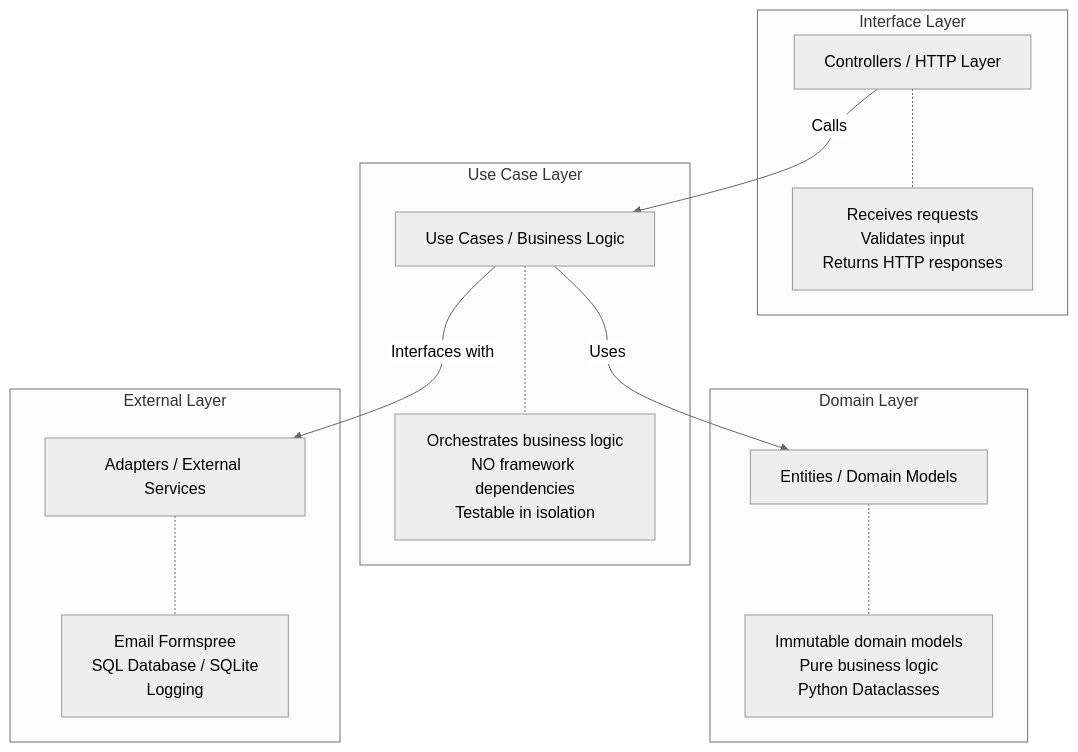
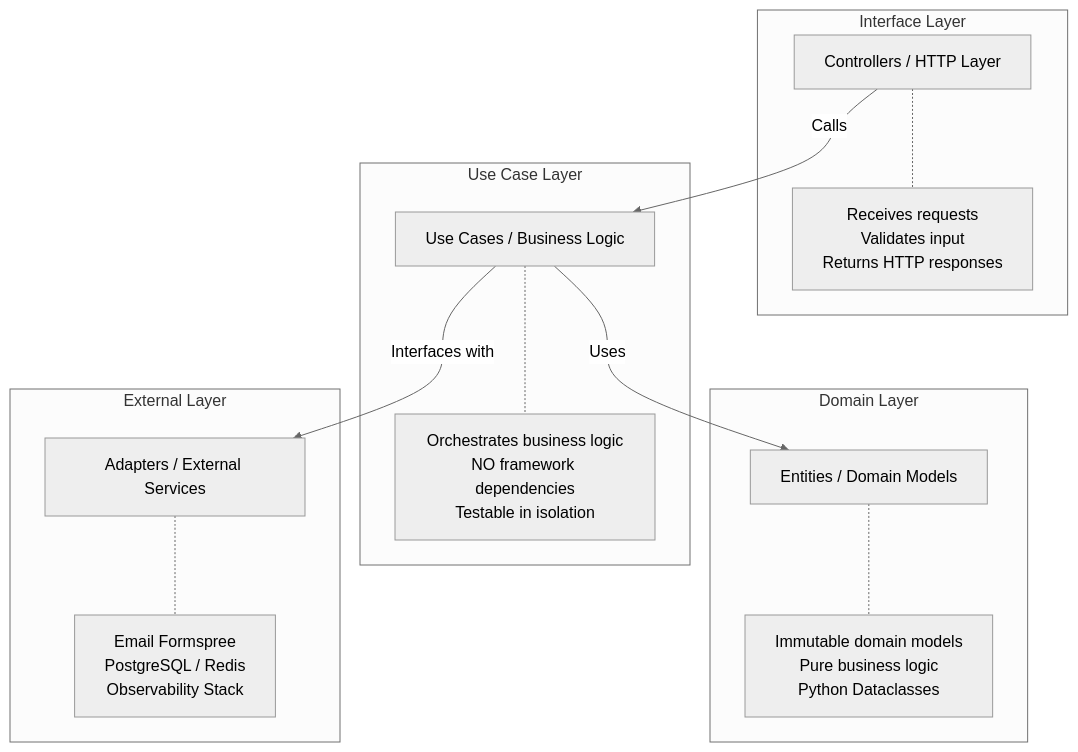
One commit to Argenis1412/portfolio changed the diagram in backend/README.md. Above: the diagram before and after it, drawn with Mermaid (neutral theme). The commit also changed other lines of this file and 2 other files, not shown here.

````diff
--- a/backend/README.md
+++ b/backend/README.md
@@ -31,26 +31,26 @@
 ```mermaid
 graph TD
     subgraph Interface Layer
         C[Controllers / HTTP Layer]
         C -.- note1[Receives requests<br>Validates input<br>Returns HTTP responses]
     end
     
     subgraph Use Case Layer
         UC[Use Cases / Business Logic]
         UC -.- note2[Orchestrates business logic<br>NO framework dependencies<br>Testable in isolation]
     end
     
     subgraph Domain Layer
         E[Entities / Domain Models]
         E -.- note3[Immutable domain models<br>Pure business logic<br>Python Dataclasses]
     end
     
     subgraph External Layer
         A[Adapters / External Services]
-        A -.- note4[Email Formspree<br>SQL Database / SQLite<br>Logging]
+        A -.- note4[Email Formspree<br>PostgreSQL / Redis<br>Observability Stack]
     end
 
     C -->|Calls| UC
     UC -->|Uses| E
     UC -->|Interfaces with| A
 ```
````
